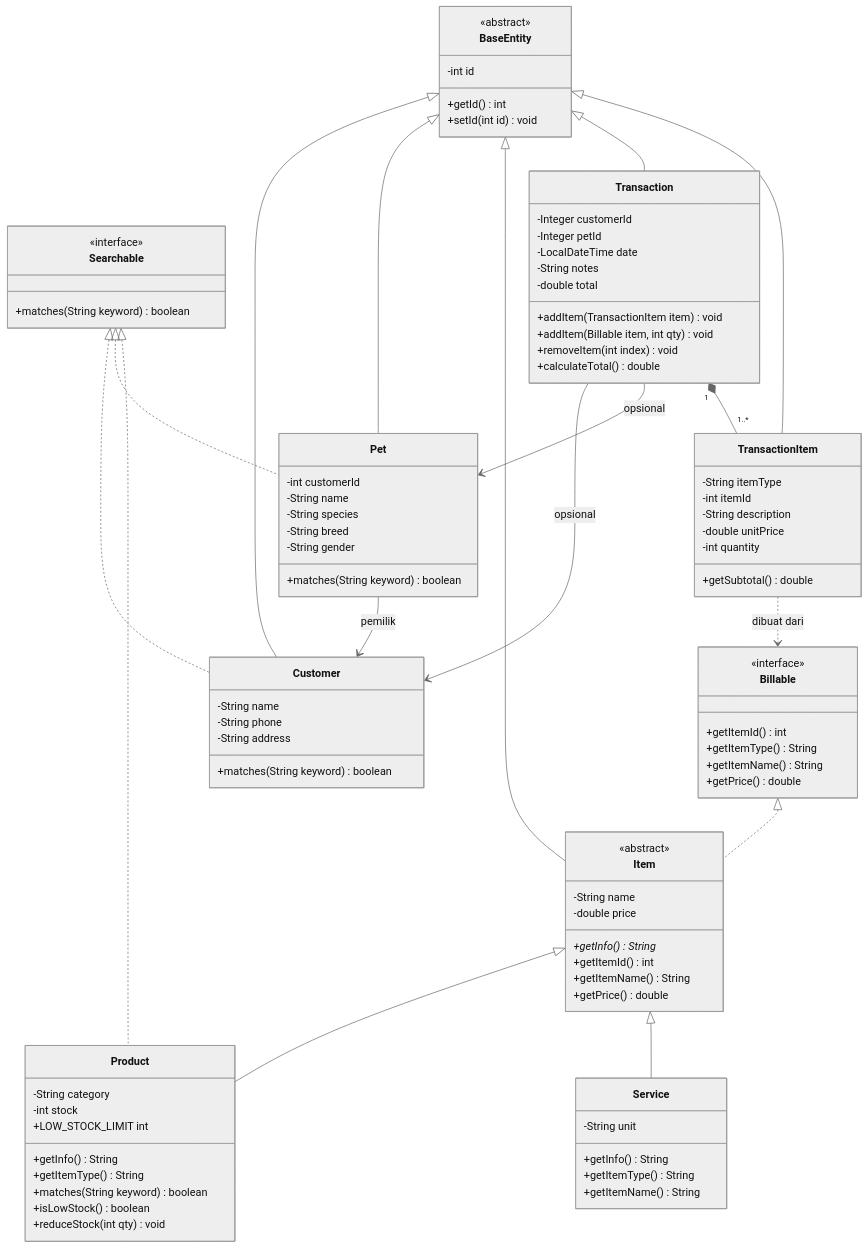
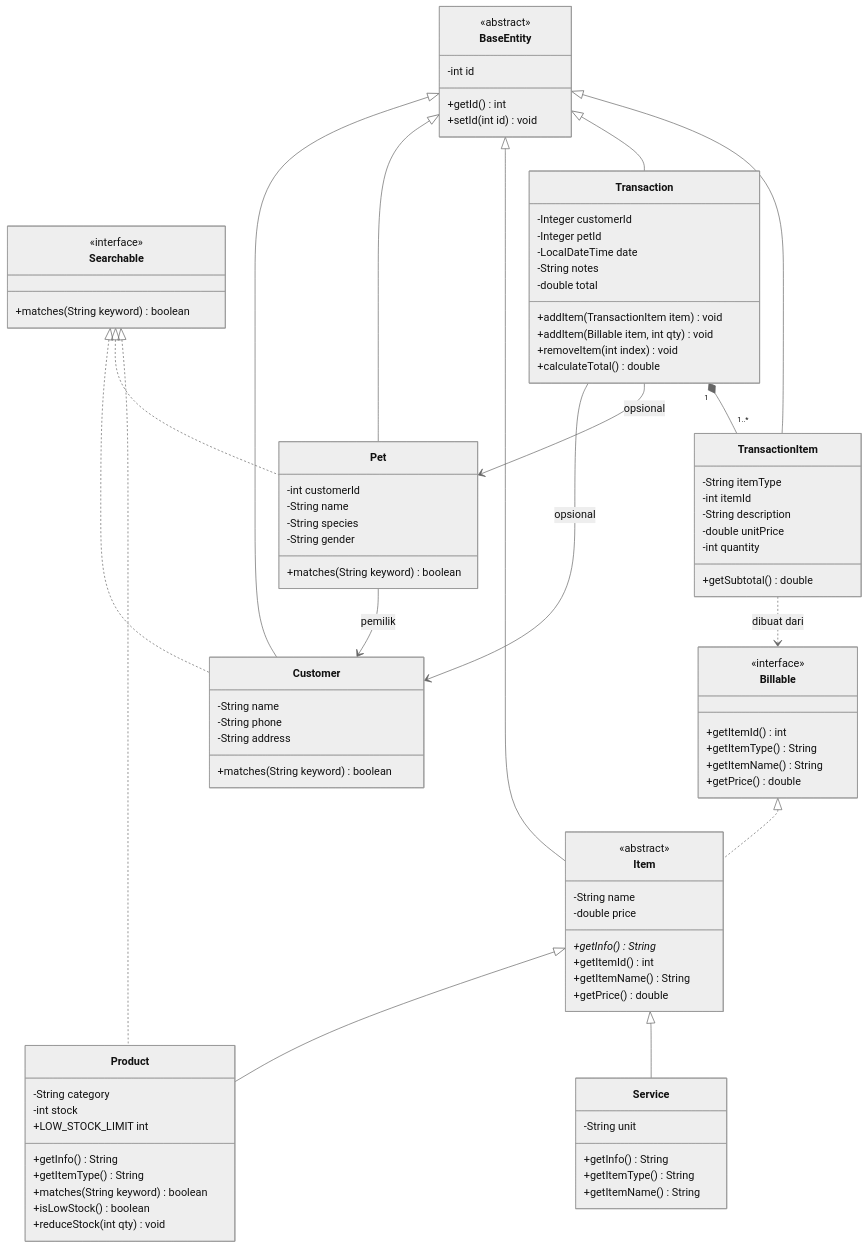
Before and after one commit to Rakhiinb/Jojoba-Pet-Center-Management-System: the first of 2 diagrams in README.md, drawn with Mermaid (neutral theme). The commit also changed other lines of this file and 6 other files, not shown here.

Commit message:
refactor: remove breed field from pet data flow

```diff
--- a/README.md
+++ b/README.md
@@ -240,7 +240,6 @@
         -int customerId
         -String name
         -String species
-        -String breed
         -String gender
         +matches(String keyword) boolean
     }
```
